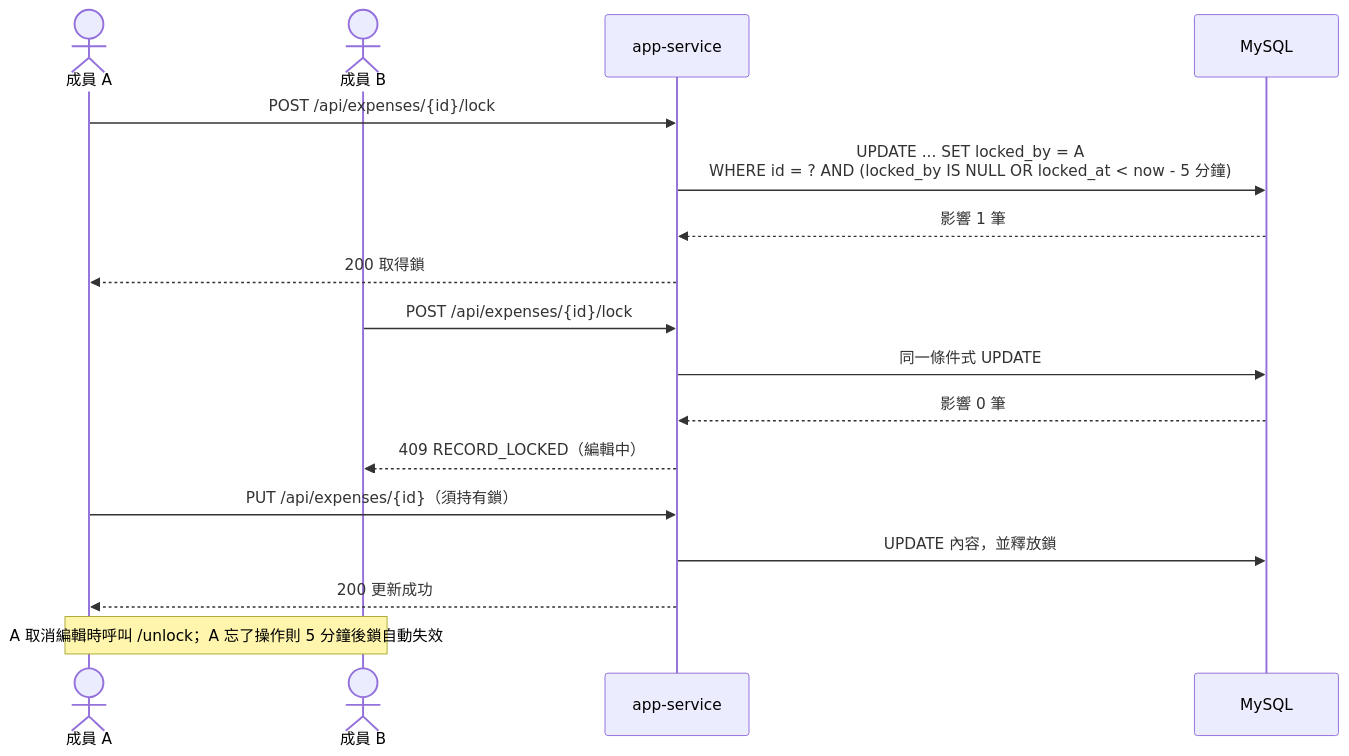
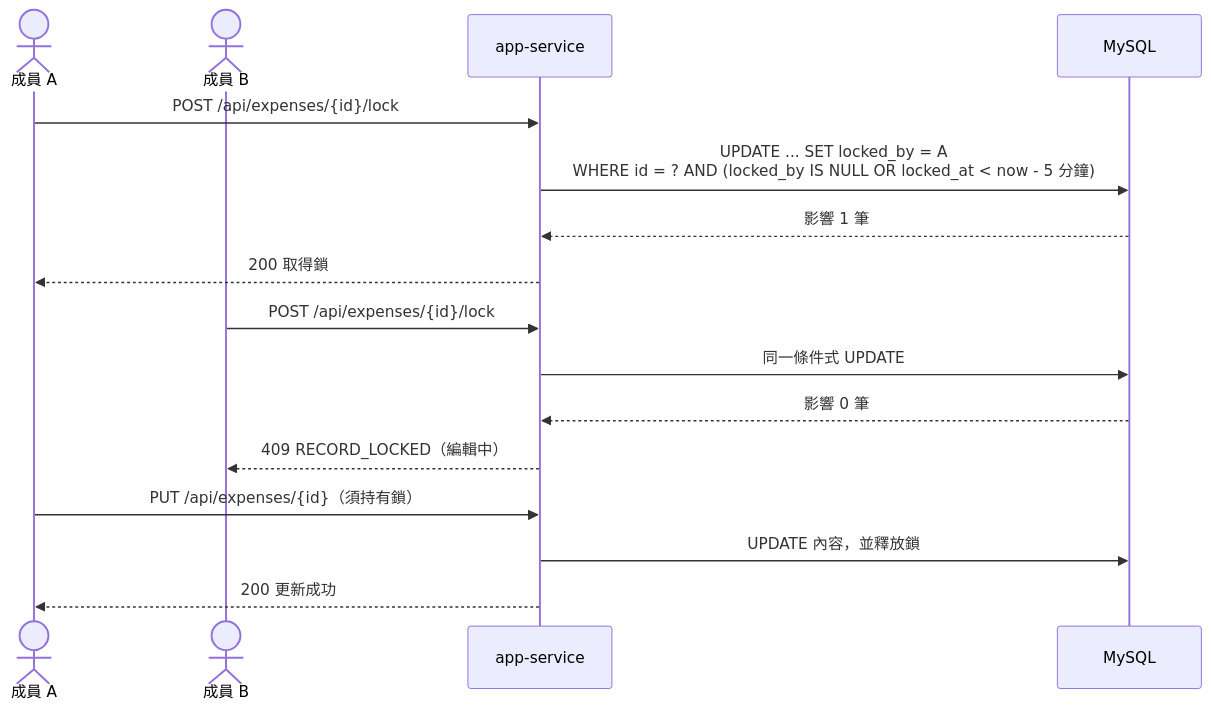
One commit to readera193/195Home changed the second of 2 diagrams in README.md. Above: the diagram before and after it, drawn with Mermaid. The commit also changed other lines of this file and 7 other files, not shown here.

Commit message:
docs: 精簡 README 只保留展示內容，開發與部署移至 docs/DEVELOPMENT.md，截圖與 API 改用線上版本

````diff
--- a/README.md
+++ b/README.md
@@ -63,23 +56,21 @@
 ```mermaid
 sequenceDiagram
     actor A as 成員 A
     actor B as 成員 B
     participant API as app-service
     participant DB as MySQL
 
     A->>API: POST /api/expenses/{id}/lock
     API->>DB: UPDATE ... SET locked_by = A<br/>WHERE id = ? AND (locked_by IS NULL OR locked_at < now - 5 分鐘)
     DB-->>API: 影響 1 筆
     API-->>A: 200 取得鎖
 
     B->>API: POST /api/expenses/{id}/lock
     API->>DB: 同一條件式 UPDATE
     DB-->>API: 影響 0 筆
     API-->>B: 409 RECORD_LOCKED（編輯中）
 
     A->>API: PUT /api/expenses/{id}（須持有鎖）
     API->>DB: UPDATE 內容，並釋放鎖
     API-->>A: 200 更新成功
-
-    Note over A,B: A 取消編輯時呼叫 /unlock；A 忘了操作則 5 分鐘後鎖自動失效
 ```
````
